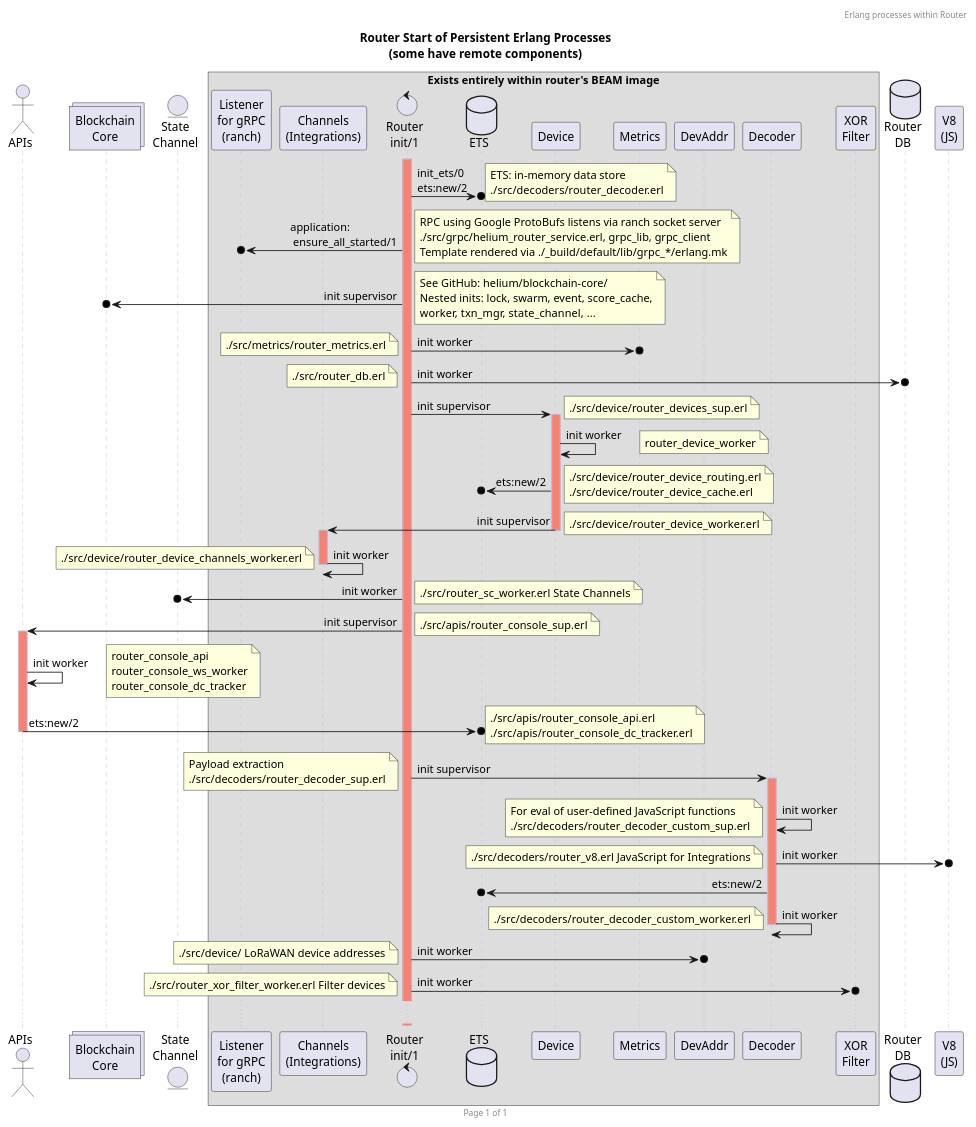
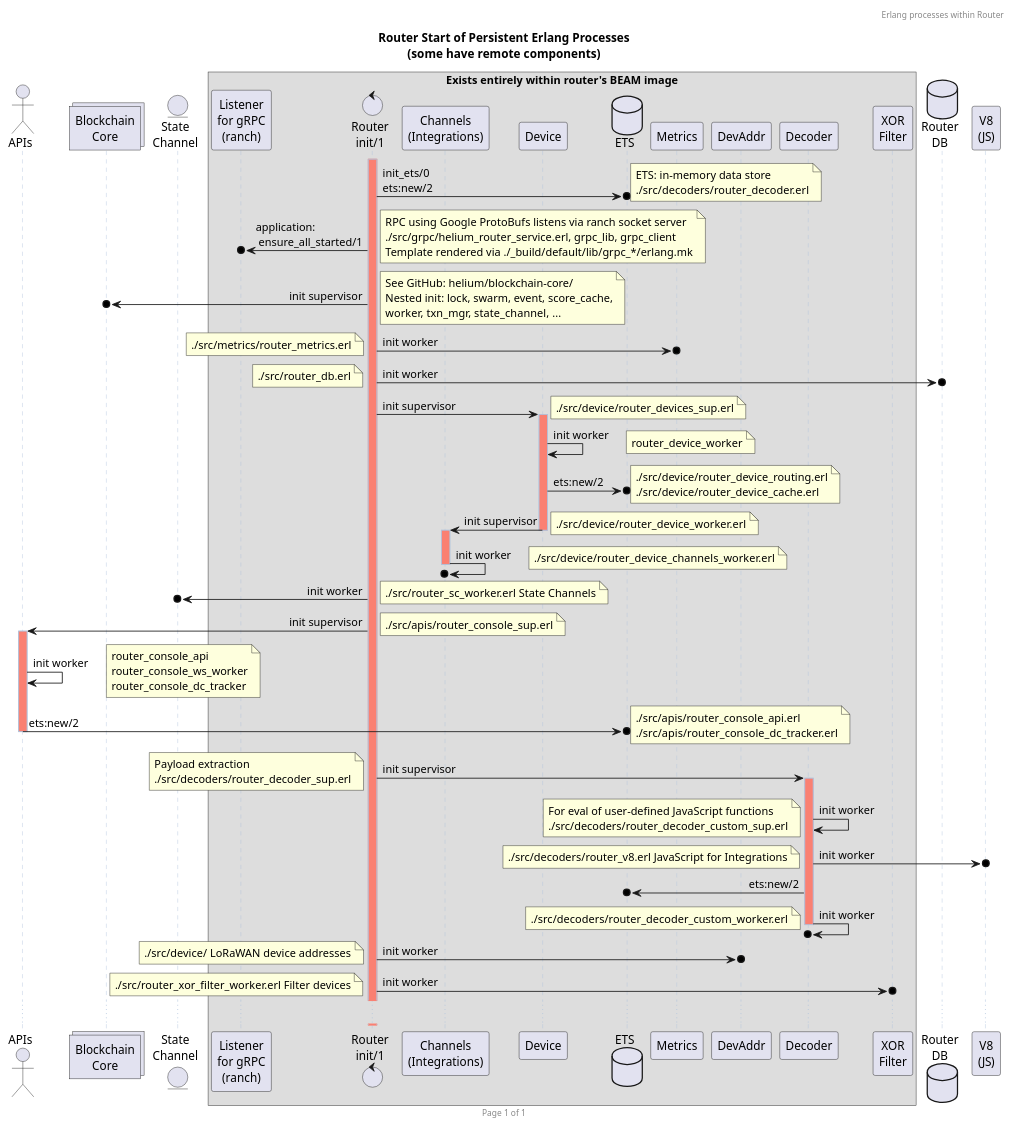
The diagram in docs/erlang-processes.plantuml (helium/router), drawn with PlantUML before and after one commit. The commit also changed 1 other file, not shown here.

```diff
--- a/docs/erlang-processes.plantuml
+++ b/docs/erlang-processes.plantuml
@@ -4,115 +4,115 @@
 @startuml
 
 header Erlang processes within Router 
 footer Page %page% of %lastpage%
 
 ' Preserve same sequence across all diagrams:
 ' (intentionally omitted: Lager)
 actor        APIs                           as api      order 1
 collections  "Blockchain\nCore"             as core     order 10
 entity       "State\nChannel"               as sc       order 20
 box "Exists entirely within router's BEAM image"
 participant  "Listener\nfor gRPC\n(ranch)"  as listener order 30
-participant  "Channels\n(Integrations)"     as channels order 40
-control      "Router\ninit/1"               as init     order 50
-database     ETS                            as ets      order 51
+control      "Router\ninit/1"               as init     order 40
+participant  "Channels\n(Integrations)"     as channels order 50
 participant  Device                         as device   order 60
+database     ETS                            as ets      order 61
 participant  Metrics                        as metrics  order 70
 participant  DevAddr                        as devaddr  order 80
 participant  Decoder                        as decoder  order 90
 participant  "XOR\nFilter"                  as xor      order 99
 end box
 database     "Router\nDB"                   as db       order 100
 participant  "V8\n(JS)"                     as v8       order 200
 
 title Router Start of Persistent Erlang Processes\n(some have remote components)
 
 skinparam sequence {
         LifeLineBorderColor #LightSteelBlue
         LifeLineBackgroundColor #Salmon
         MessageAlign direction
 }
 
 activate init #Salmon
 
         init ->o ets : init_ets/0\nets:new/2
         note right
                 ETS: in-memory data store
                 ./src/decoders/router_decoder.erl
         end note
 
         init ->o listener : application:\n ensure_all_started/1
         note right
                 RPC using Google ProtoBufs listens via ranch socket server
                 ./src/grpc/helium_router_service.erl, grpc_lib, grpc_client
                 Template rendered via ./_build/default/lib/grpc_*/erlang.mk
         end note
 
         init ->o core : init supervisor
         note right
                 See GitHub: helium/blockchain-core/
-                Nested inits: lock, swarm, event, score_cache,
+                Nested init: lock, swarm, event, score_cache,
                 worker, txn_mgr, state_channel, ...
         end note
 
         init ->o metrics : init worker
         note left: ./src/metrics/router_metrics.erl
 
         init ->o db : init worker
         note left: ./src/router_db.erl
 
         init -> device ++ : init supervisor
         note right: ./src/device/router_devices_sup.erl
         device -> device : init worker
         note right: router_device_worker
         device ->o ets : ets:new/2
         note right
                 ./src/device/router_device_routing.erl
                 ./src/device/router_device_cache.erl
         end note
         device -> channels --++ : init supervisor
         note right: ./src/device/router_device_worker.erl 
-        channels -> channels -- : init worker
-        note left: ./src/device/router_device_channels_worker.erl
+        channels ->o channels -- : init worker
+        note right: ./src/device/router_device_channels_worker.erl
 
         init ->o sc : init worker
         note right: ./src/router_sc_worker.erl State Channels
 
         init -> api ++ : init supervisor
         note right: ./src/apis/router_console_sup.erl
         api -> api : init worker
         note right
                 router_console_api
                 router_console_ws_worker
                 router_console_dc_tracker
         end note
         api ->o ets -- : ets:new/2
         note right
                 ./src/apis/router_console_api.erl
                 ./src/apis/router_console_dc_tracker.erl
         end note
 
         init -> decoder ++ : init supervisor
         note left
                 Payload extraction
                 ./src/decoders/router_decoder_sup.erl
         end note
         decoder -> decoder : init worker
         note left
                 For eval of user-defined JavaScript functions
                 ./src/decoders/router_decoder_custom_sup.erl
         end note
         decoder ->o v8 : init worker
         note left: ./src/decoders/router_v8.erl JavaScript for Integrations
         decoder ->o ets : ets:new/2
-        decoder -> decoder -- : init worker
+        decoder ->o decoder -- : init worker
         note left: ./src/decoders/router_decoder_custom_worker.erl
 
         init ->o devaddr : init worker
         note left: ./src/device/ LoRaWAN device addresses
         init ->o xor : init worker
         note left: ./src/router_xor_filter_worker.erl Filter devices
 
 ...
 
 @enduml
```
